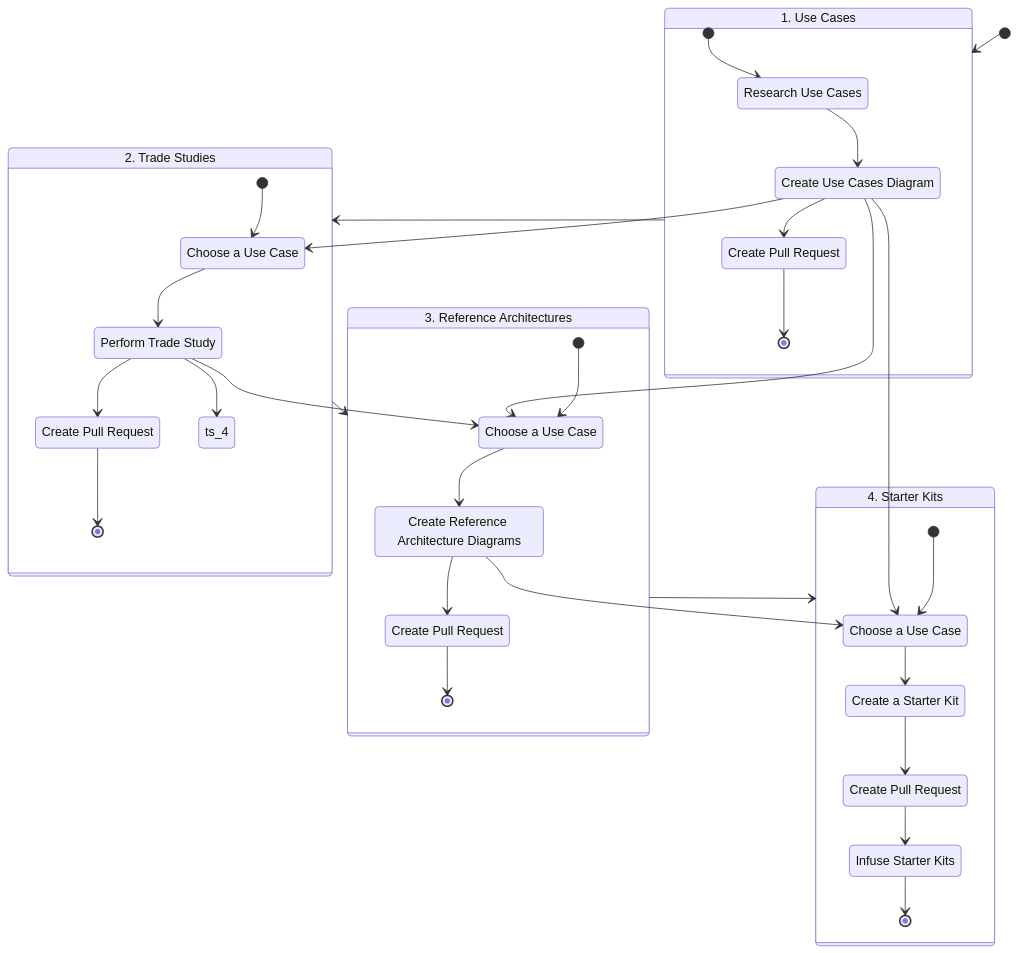
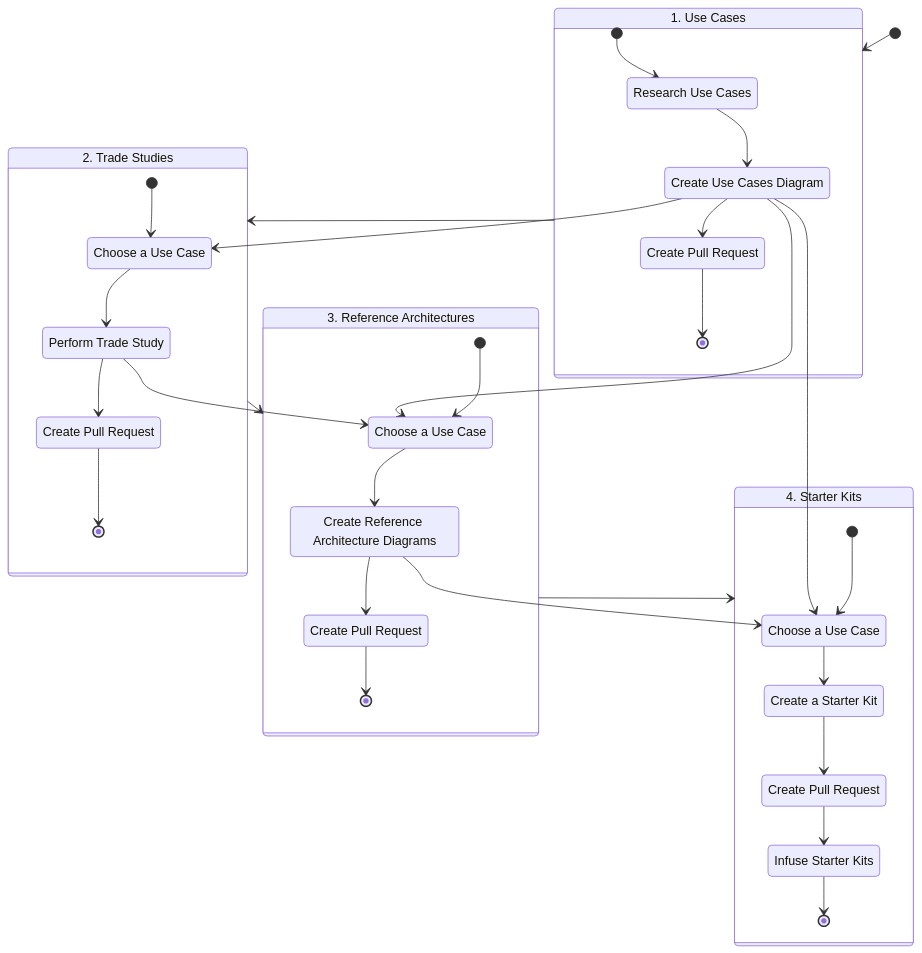
One commit to NASA-AMMOS/slim changed the second of 2 diagrams in CONTRIBUTING.md. Above: the diagram before and after it, drawn with Mermaid.

Commit message:
Fixed unneeded diagram boxed

````diff
--- a/CONTRIBUTING.md
+++ b/CONTRIBUTING.md
@@ -287,65 +287,64 @@
 ```mermaid
 stateDiagram-v2
     Use_Cases : 1. Use Cases
     Trade_Studies : 2. Trade Studies
     Reference_Architectures : 3. Reference Architectures
     Starter_Kits : 4. Starter Kits
 
     [*] --> Use_Cases
     Use_Cases --> Trade_Studies
     Trade_Studies --> Reference_Architectures
     Reference_Architectures --> Starter_Kits
 
     state Use_Cases {
         uc_1 : Research Use Cases
         uc_2 : Create Use Cases Diagram
         uc_3 : Create Pull Request
     
         [*] --> uc_1
         uc_1 --> uc_2
         uc_2 --> uc_3
         uc_2 --> ts_1
         uc_2 --> ra_1
         uc_2 --> sk_1
         uc_3 --> [*]
     }
     
     state Trade_Studies {
         ts_1 : Choose a Use Case
         ts_2 : Perform Trade Study
         ts_3 : Create Pull Request
     
         [*] --> ts_1
         ts_1 --> ts_2
         ts_2 --> ts_3
-        ts_2 --> ts_4
         ts_2 --> ra_1
         ts_3 --> [*]
     }
     
     state Reference_Architectures {
         ra_1 : Choose a Use Case
         ra_2 : Create Reference Architecture Diagrams
         ra_3 : Create Pull Request
     
         [*] --> ra_1
         ra_1 --> ra_2
         ra_2 --> sk_1
         ra_2 --> ra_3
         ra_3 --> [*]
     }
     
     state Starter_Kits {
         sk_1 : Choose a Use Case
         sk_2 : Create a Starter Kit
         sk_3 : Create Pull Request
         sk_4 : Infuse Starter Kits
     
         [*] --> sk_1
         sk_1 --> sk_2
         sk_2 --> sk_3
         sk_3 --> sk_4
         sk_4 --> [*]
     }
   
 ```
````
